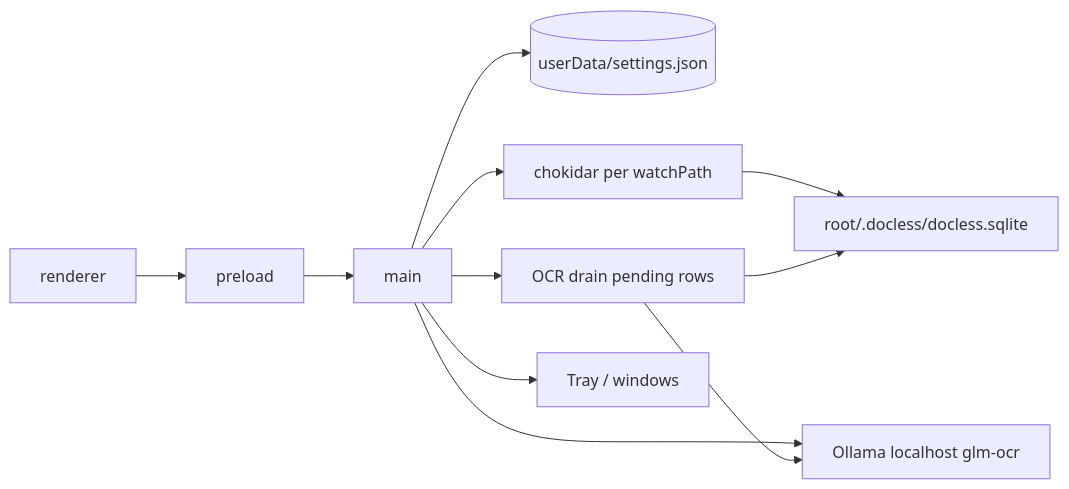
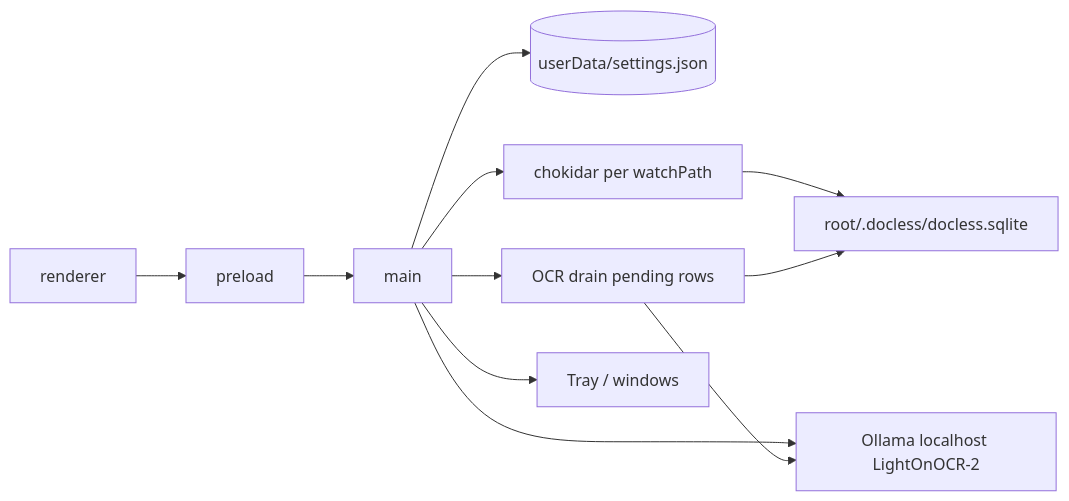
Before and after one commit to TheGoatedDev/Docless: the diagram in docs/architecture.md, drawn with Mermaid. The commit also changed other lines of this file and 5 other files, not shown here.

Commit message:
feat: switch OCR model to LightOnOCR-2

````diff
--- a/docs/architecture.md
+++ b/docs/architecture.md
@@ -23,12 +23,12 @@
 ```mermaid
 flowchart LR
   renderer --> preload --> main
   main --> settings[(userData/settings.json)]
   main --> watch[chokidar per watchPath]
   watch --> docless["root/.docless/docless.sqlite"]
-  main --> ollama[Ollama localhost glm-ocr]
+  main --> ollama[Ollama localhost LightOnOCR-2]
   main --> ocr[OCR drain pending rows]
   ocr --> ollama
   ocr --> docless
   main --> tray[Tray / windows]
 ```
````
